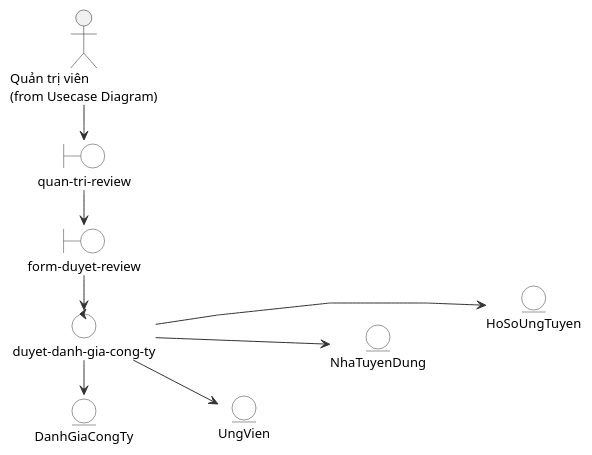
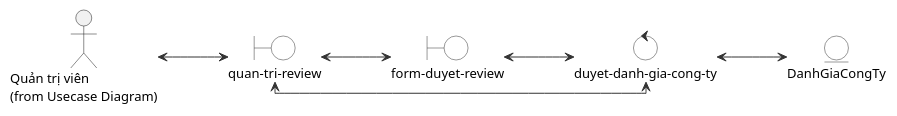
Before and after one commit to hole-six/DoAn: the diagram in docs/so-do/04-robustness/24-robustness-duyet-danh-gia-cong-ty.puml, drawn with PlantUML. The commit also changed 86 other files, not shown here.

```diff
--- a/docs/so-do/04-robustness/24-robustness-duyet-danh-gia-cong-ty.puml
+++ b/docs/so-do/04-robustness/24-robustness-duyet-danh-gia-cong-ty.puml
@@ -1,46 +1,54 @@
 @startuml
 skinparam defaultFontName "Segoe UI"
 skinparam defaultFontSize 13
 skinparam shadowing false
-skinparam linetype polyline
+skinparam linetype ortho
+skinparam nodesep 45
+skinparam ranksep 70
 left to right direction
 skinparam actorStyle stick
 skinparam roundcorner 8
 skinparam ArrowColor #333333
 skinparam rectangleBorderColor #333333
 skinparam boundary {
   BackgroundColor White
   BorderColor #333333
 }
 skinparam control {
   BackgroundColor White
   BorderColor #333333
 }
 skinparam entity {
   BackgroundColor White
   BorderColor #333333
 }
 
 actor "Quản trị viên\n(from Usecase Diagram)" as Actor
-boundary "quan-tri-review" as UI
-boundary "form-duyet-review" as Form
-control "duyet-danh-gia-cong-ty" as Controller
 
-entity "DanhGiaCongTy" as MainEntity
-entity "UngVien" as E1
-entity "NhaTuyenDung" as E2
-entity "HoSoUngTuyen" as E3
+' ── Lớp boundary (màn hình) ──
+together {
+  boundary "quan-tri-review" as UI
+  boundary "form-duyet-review" as Form
+}
 
-Actor -right-> UI
-UI -right-> Form
-Form -right-> Controller
+' ── Lớp control (xử lý) ──
+together {
+  control "duyet-danh-gia-cong-ty" as Controller
+}
 
-Controller -right-> MainEntity
-Controller -right-> E1
-Controller -right-> E2
-Controller -right-> E3
+' ── Lớp entity (dữ liệu) ──
+together {
+  entity "DanhGiaCongTy" as DanhGiaCongTy
+}
 
-MainEntity -down[hidden]-> E1
-E1 -down[hidden]-> E2
-E2 -down[hidden]-> E3
+' ── Quan hệ actor ↔ boundary ──
+Actor <--> UI
+
+' ── boundary ↔ boundary / control ──
+UI <--> Form
+UI <--> Controller
+Form <--> Controller
+
+' ── control ↔ entity ──
+Controller <--> DanhGiaCongTy
 @enduml
```
